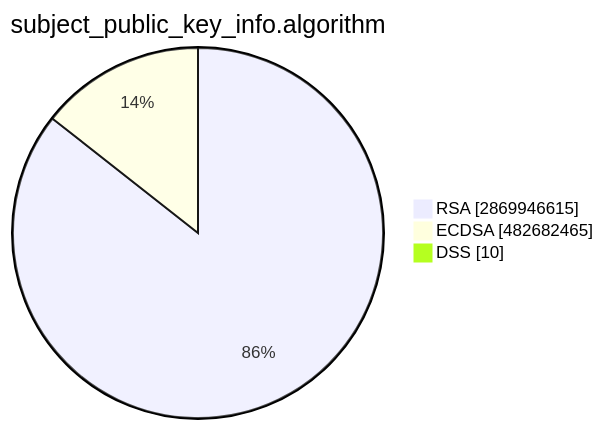
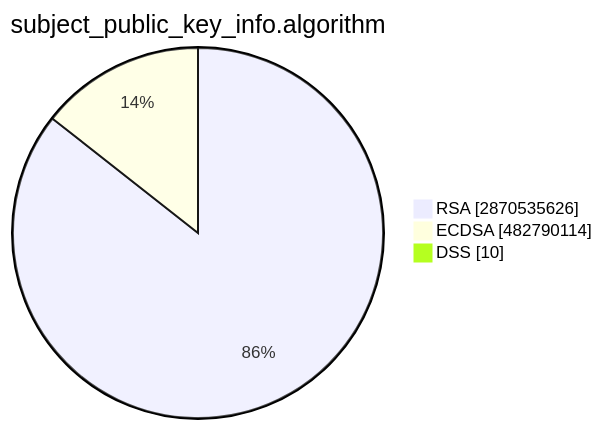
One commit to christiankrug/ctmonitor_visualization changed the second of 15 diagrams in TOTAL/README.md. Above: the diagram before and after it, drawn with Mermaid. The commit also changed other lines of this file, not shown here.

````diff
--- a/TOTAL/README.md
+++ b/TOTAL/README.md
@@ -6,7 +6,7 @@
 ```mermaid
 pie showData
 title subject_public_key_info.algorithm
-"RSA" :2869946615
-"ECDSA" :482682465
+"RSA" :2870535626
+"ECDSA" :482790114
 "DSS" :10
 ```
````
